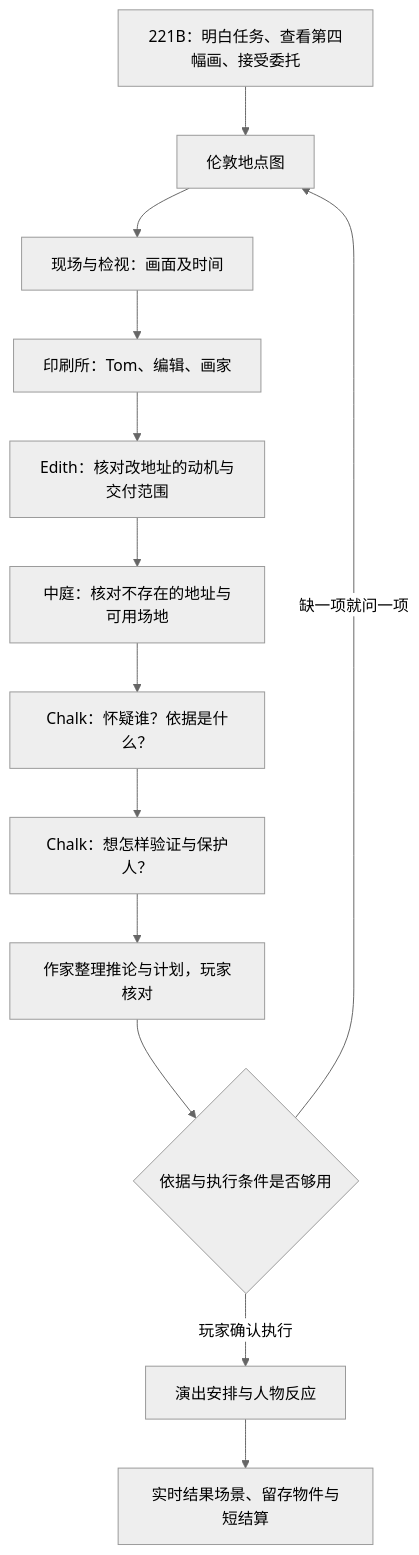
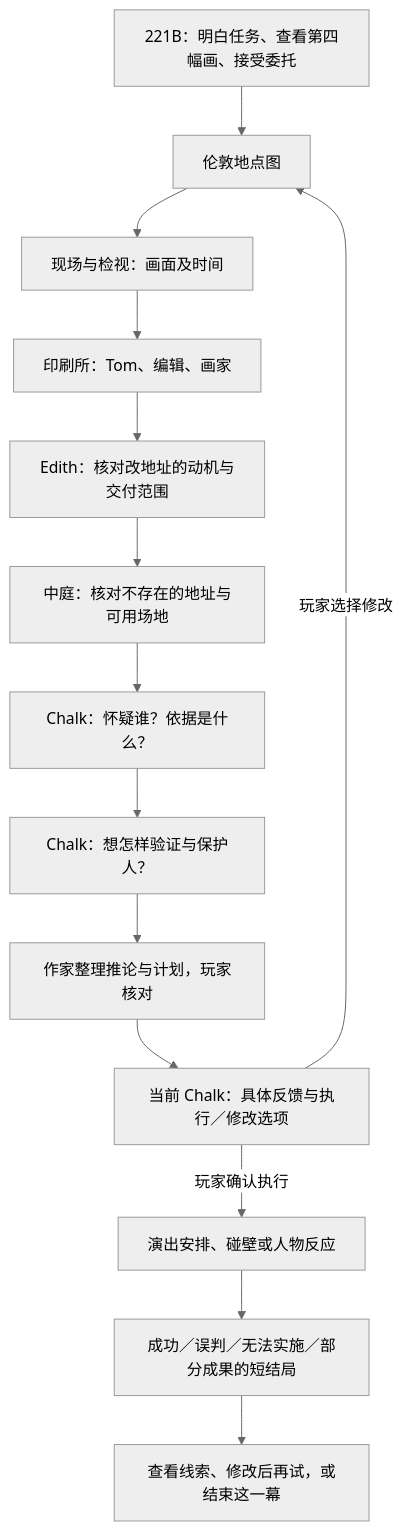
Before and after one commit to LudicDynamics/hackathon: the diagram in docs/福尔摩斯清晰主线与NPC接入.md, drawn with Mermaid (neutral theme). The commit also changed other lines of this file and 6 other files, not shown here.

````diff
--- a/docs/福尔摩斯清晰主线与NPC接入.md
+++ b/docs/福尔摩斯清晰主线与NPC接入.md
@@ -40,15 +40,16 @@
 ```mermaid
 flowchart TD
     A[221B：明白任务、查看第四幅画、接受委托] --> B[伦敦地点图]
     B --> C[现场与检视：画面及时间]
     C --> D[印刷所：Tom、编辑、画家]
     D --> E[Edith：核对改地址的动机与交付范围]
     E --> F[中庭：核对不存在的地址与可用场地]
     F --> G[Chalk：怀疑谁？依据是什么？]
     G --> H[Chalk：想怎样验证与保护人？]
     H --> I[作家整理推论与计划，玩家核对]
-    I --> J{依据与执行条件是否够用}
-    J -->|缺一项就问一项| B
-    J -->|玩家确认执行| K[演出安排与人物反应]
-    K --> L[实时结果场景、留存物件与短结算]
+    I --> J[当前 Chalk：具体反馈与执行／修改选项]
+    J -->|玩家选择修改| B
+    J -->|玩家确认执行| K[演出安排、碰壁或人物反应]
+    K --> L[成功／误判／无法实施／部分成果的短结局]
+    L --> M[查看线索、修改后再试，或结束这一幕]
 ```
````
